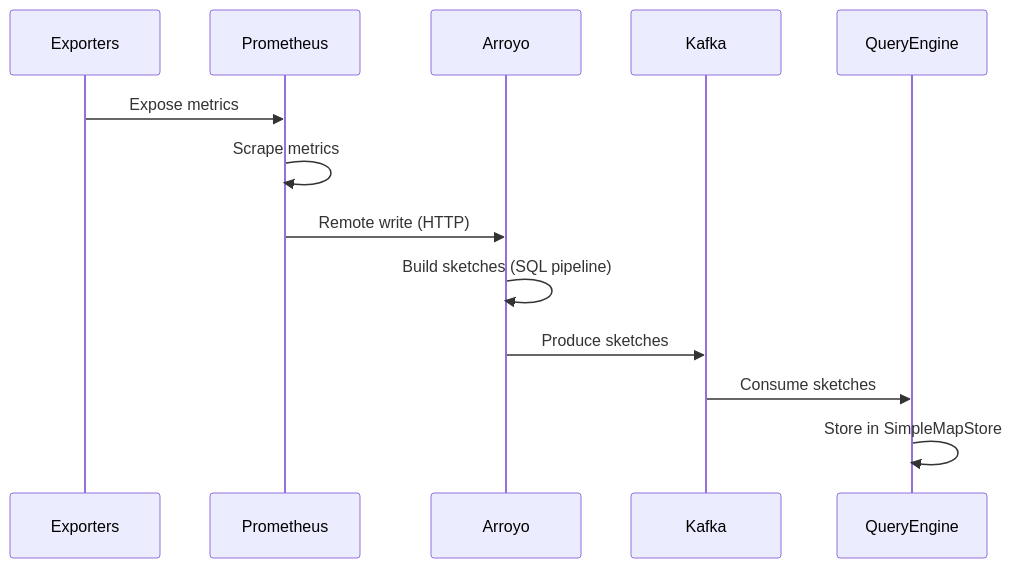
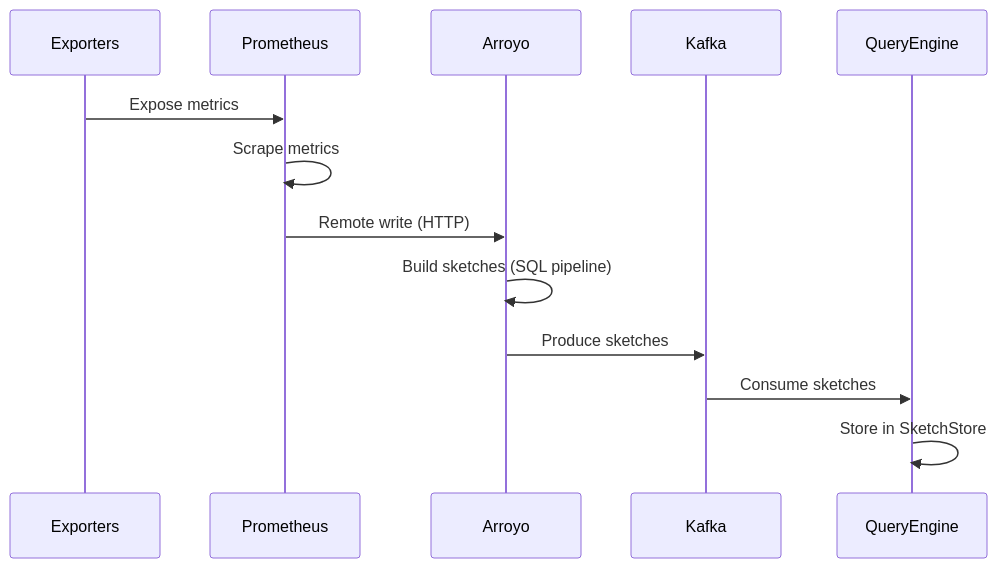
The second of 4 diagrams in docs/01-getting-started/architecture.md (ProjectASAP/ASAPQuery-backend), drawn with Mermaid before and after one commit. The commit also changed other lines of this file and 15 other files, not shown here.

````diff
--- a/docs/01-getting-started/architecture.md
+++ b/docs/01-getting-started/architecture.md
@@ -61,16 +61,16 @@
 ```mermaid
 sequenceDiagram
     participant E as Exporters
     participant P as Prometheus
     participant A as Arroyo
     participant K as Kafka
     participant Q as QueryEngine
 
     E->>P: Expose metrics
     P->>P: Scrape metrics
     P->>A: Remote write (HTTP)
     A->>A: Build sketches (SQL pipeline)
     A->>K: Produce sketches
     K->>Q: Consume sketches
-    Q->>Q: Store in SimpleMapStore
+    Q->>Q: Store in SketchStore
 ```
````
